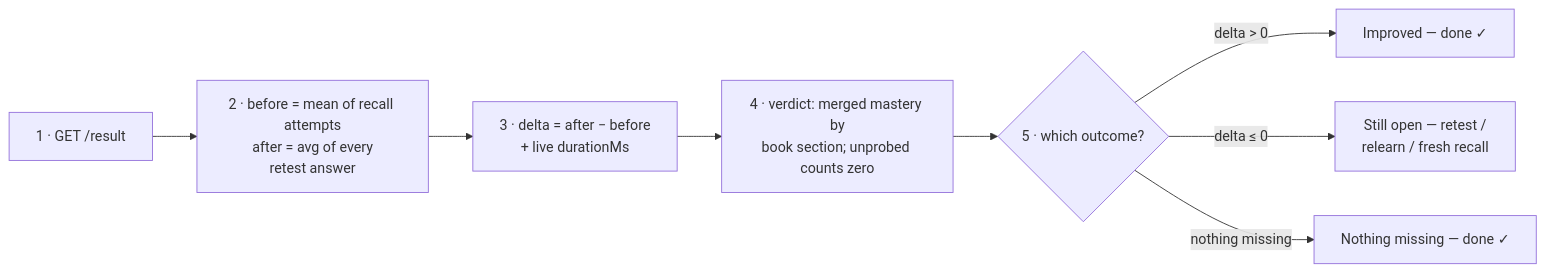
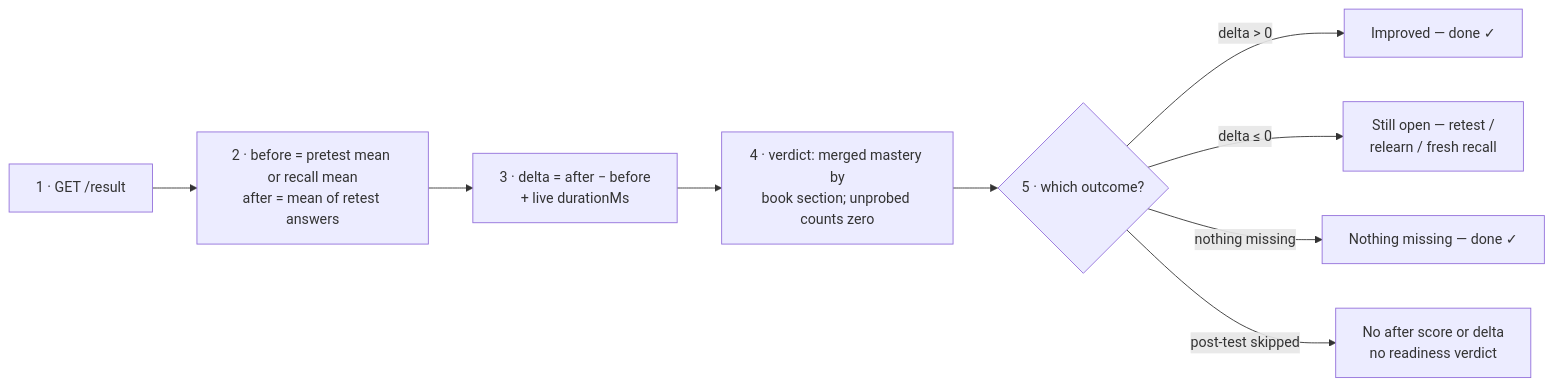
Diagram 13 of 18 in docs/howItWorks/dataflow.md (redwivision/Kiftet), drawn with Mermaid before and after one commit. The commit also changed other lines of this file and 24 other files, not shown here.

````diff
--- a/docs/howItWorks/dataflow.md
+++ b/docs/howItWorks/dataflow.md
@@ -470,10 +546,11 @@
 ```mermaid
 flowchart LR
-  A["1 · GET /result"] --> B["2 · before = mean of recall attempts<br/>after = avg of every<br/>retest answer"]
+  A["1 · GET /result"] --> B["2 · before = pretest mean or recall mean<br/>after = mean of retest answers"]
   B --> C["3 · delta = after − before<br/>+ live durationMs"]
   C --> V["4 · verdict: merged mastery by<br/>book section; unprobed counts zero"]
   V --> D{"5 · which outcome?"}
   D -->|"delta > 0"| E["Improved — done ✓"]
   D -->|"delta ≤ 0"| F["Still open — retest /<br/>relearn / fresh recall"]
   D -->|"nothing missing"| G["Nothing missing — done ✓"]
+  D -->|"post-test skipped"| H["No after score or delta<br/>no readiness verdict"]
 ```
````
